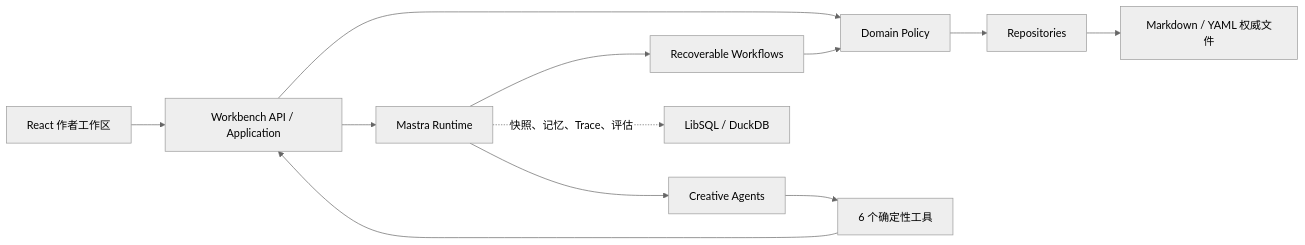
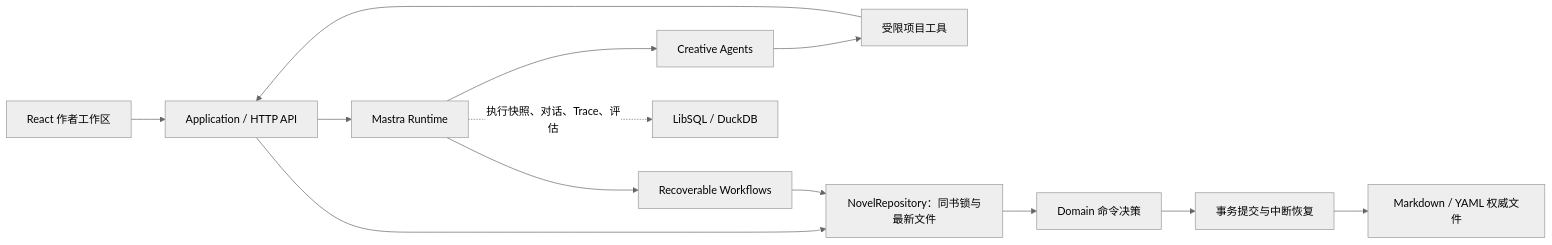
One commit to ExplosiveCoderflome/ani-book-agent changed the diagram in README.md. Above: the diagram before and after it, drawn with Mermaid (neutral theme). The commit also changed other lines of this file, not shown here.

````diff
--- a/README.md
+++ b/README.md
@@ -199,14 +249,15 @@
 ```mermaid
 flowchart LR
-    UI[React 作者工作区] --> API[Workbench API / Application]
-    API --> DOMAIN[Domain Policy]
-    API --> MASTRA[Mastra Runtime]
-    MASTRA --> AGENTS[Creative Agents]
-    MASTRA --> FLOWS[Recoverable Workflows]
-    AGENTS --> TOOLS[6 个确定性工具]
-    TOOLS --> API
-    FLOWS --> DOMAIN
-    DOMAIN --> REPO[Repositories]
-    REPO --> FILES[Markdown / YAML 权威文件]
-    MASTRA -. 快照、记忆、Trace、评估 .-> OPS[LibSQL / DuckDB]
+    UI[React 作者工作区] --> APP[Application / HTTP API]
+    APP --> M[Mastra Runtime]
+    M --> A[Creative Agents]
+    A --> T[受限项目工具]
+    T --> APP
+    M --> W[Recoverable Workflows]
+    APP --> R[NovelRepository：同书锁与最新文件]
+    W --> R
+    R --> D[Domain 命令决策]
+    D --> C[事务提交与中断恢复]
+    C --> F[Markdown / YAML 权威文件]
+    M -. 执行快照、对话、Trace、评估 .-> S[LibSQL / DuckDB]
 ```
````
